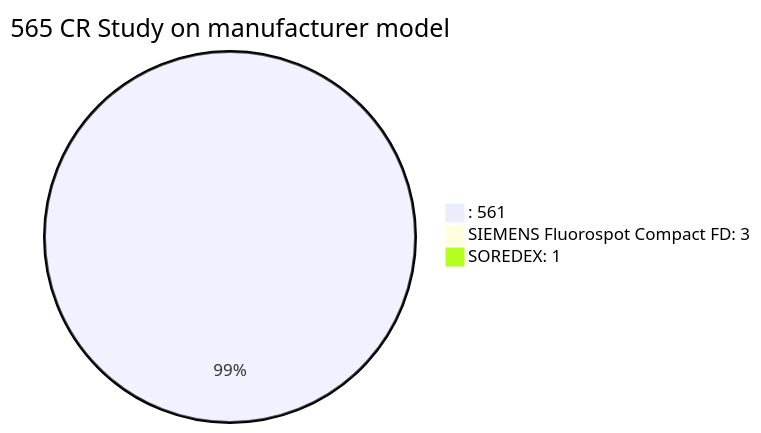
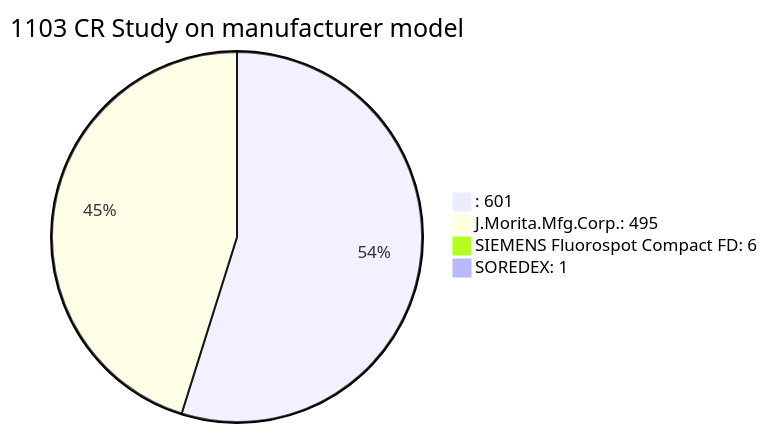
Before and after one commit to doidio/nonapx: diagram 20 of 27 in a1_raw_dicom.md, drawn with Mermaid. The commit also changed other lines of this file and 4 other files, not shown here.

````diff
--- a/a1_raw_dicom.md
+++ b/a1_raw_dicom.md
@@ -236,6 +159,7 @@
 ```mermaid
-pie title 565 CR Study on manufacturer model
-    ": 561" : 561
-    "SIEMENS Fluorospot Compact FD: 3" : 3
+pie title 1103 CR Study on manufacturer model
+    ": 601" : 601
+    "J.Morita.Mfg.Corp.: 495" : 495
+    "SIEMENS Fluorospot Compact FD: 6" : 6
     "SOREDEX: 1" : 1
 ```
````
